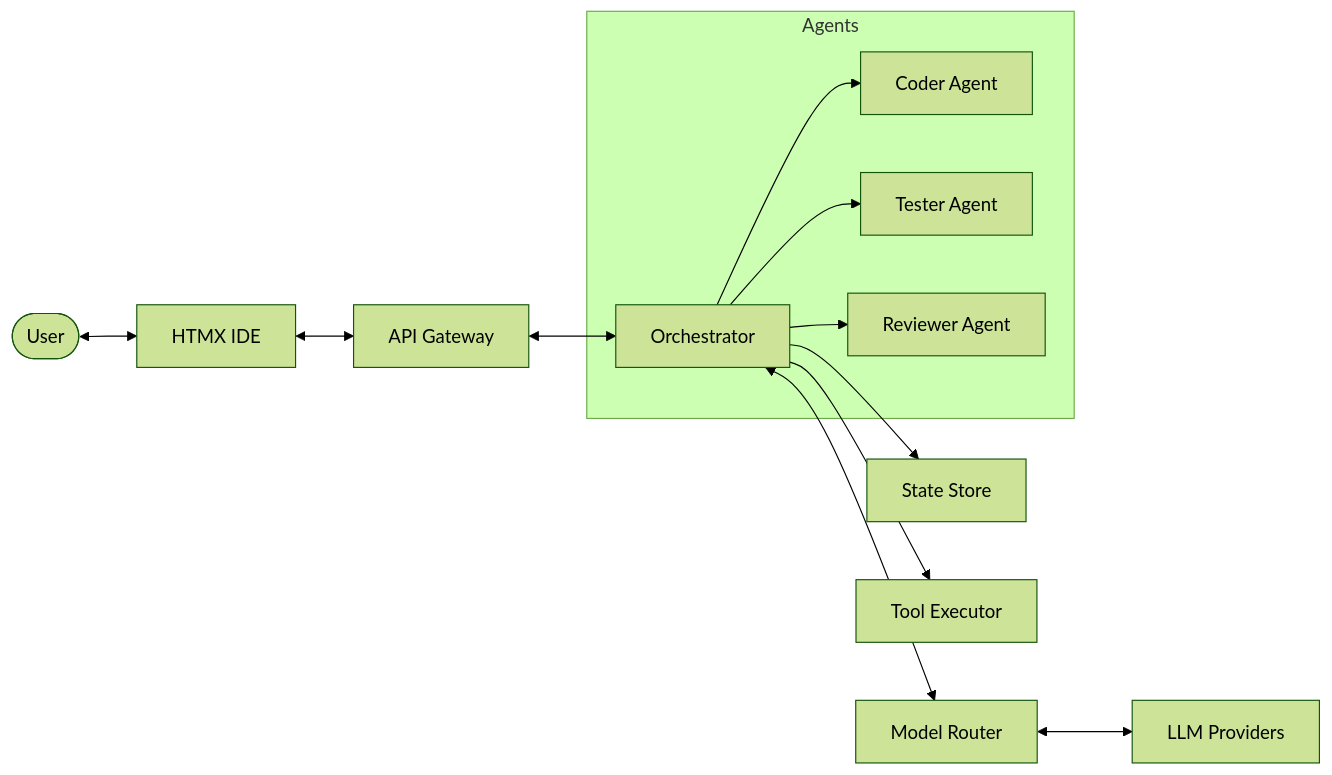
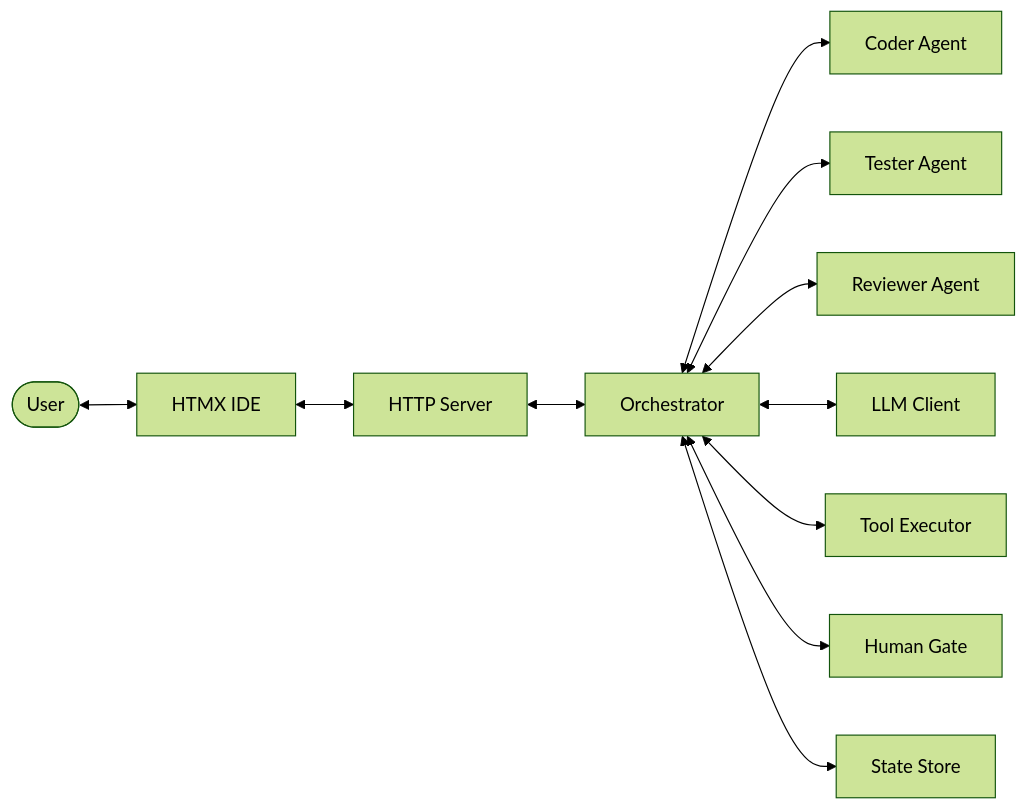
Before and after one commit to nanaki-93/mini-orca: the diagram in README.md, drawn with Mermaid (forest theme). The commit also changed other lines of this file and 13 other files, not shown here.

````diff
--- a/README.md
+++ b/README.md
@@ -22,17 +22,13 @@
 ```mermaid
 graph LR
     User([User]) <--> UI[HTMX IDE]
-    UI <--> API[API Gateway]
+    UI <--> API[HTTP Server]
     API <--> Orchestrator[Orchestrator]
-    Orchestrator <--> Router[Model Router]
-    Router <--> Providers[LLM Providers]
-    
-    subgraph Agents
-        Orchestrator --> Coder[Coder Agent]
-        Orchestrator --> Tester[Tester Agent]
-        Orchestrator --> Reviewer[Reviewer Agent]
-    end
-    
-    Orchestrator --> State[State Store]
-    Orchestrator --> Executor[Tool Executor]
+    Orchestrator <--> Coder[Coder Agent]
+    Orchestrator <--> Tester[Tester Agent]
+    Orchestrator <--> Reviewer[Reviewer Agent]
+    Orchestrator <--> LLM[LLM Client]
+    Orchestrator <--> Executor[Tool Executor]
+    Orchestrator <--> Gate[Human Gate]
+    Orchestrator <--> Store[State Store]
 ```
````
